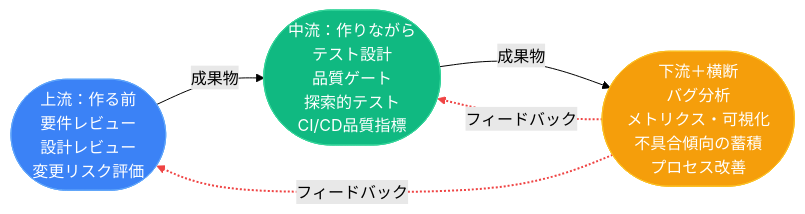
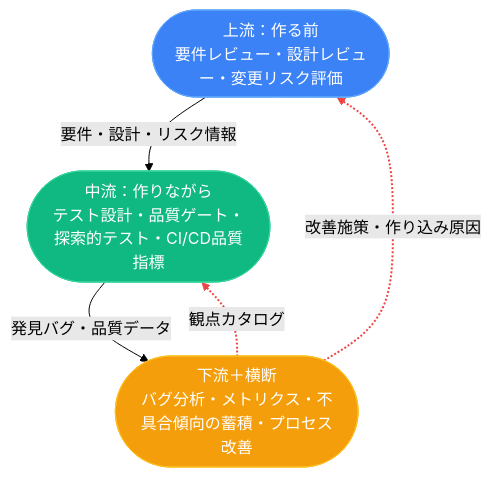
Before and after one commit to akihisa-kusakabe-bk/zenn-content: the diagram in unpublished/qa-activities-beyond-testing.md, drawn with Mermaid (forest theme).

Commit message:
fix: Mermaid図をTDレイアウトに戻し、矢印ラベルを具体化
LR→TD: 上流が上、下流が下の自然な配置に。
矢印ラベル: 「成果物」→「要件・設計・リスク情報」「発見バグ・品質データ」
フィードバック: 「観点カタログ」「改善施策・作り込み原因」

````diff
--- a/unpublished/qa-activities-beyond-testing.md
+++ b/unpublished/qa-activities-beyond-testing.md
@@ -52,16 +52,16 @@
 ```mermaid
-flowchart LR
-    UP(["上流：作る前\n要件レビュー\n設計レビュー\n変更リスク評価"])
-    MID(["中流：作りながら\nテスト設計\n品質ゲート\n探索的テスト\nCI/CD品質指標"])
-    DOWN(["下流＋横断\nバグ分析\nメトリクス・可視化\n不具合傾向の蓄積\nプロセス改善"])
+flowchart TD
+    UP(["上流：作る前\n要件レビュー・設計レビュー・変更リスク評価"])
+    MID(["中流：作りながら\nテスト設計・品質ゲート・探索的テスト・CI/CD品質指標"])
+    DOWN(["下流＋横断\nバグ分析・メトリクス・不具合傾向の蓄積・プロセス改善"])
 
-    UP -->|"成果物"| MID
-    MID -->|"成果物"| DOWN
-    DOWN -.->|"フィードバック"| MID
-    DOWN -.->|"フィードバック"| UP
+    UP -->|"要件・設計・リスク情報"| MID
+    MID -->|"発見バグ・品質データ"| DOWN
+    DOWN -.->|"観点カタログ"| MID
+    DOWN -.->|"改善施策・作り込み原因"| UP
 
     style UP fill:#3b82f6,color:#fff,stroke:#60a5fa
     style MID fill:#10b981,color:#fff,stroke:#34d399
     style DOWN fill:#f59e0b,color:#fff,stroke:#fbbf24
     linkStyle 2,3 stroke:#ef4444,stroke-width:2px
 ```
````
